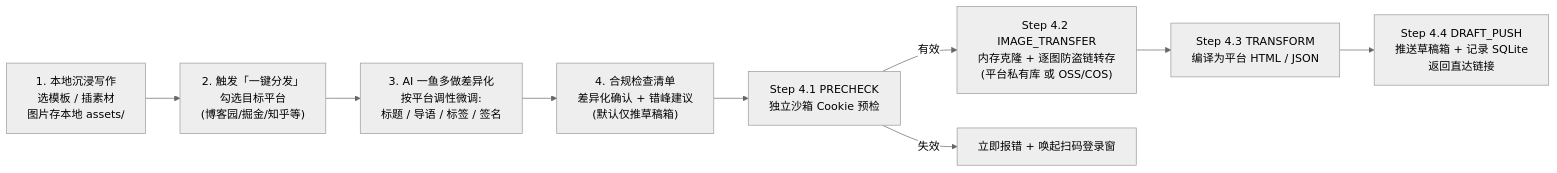
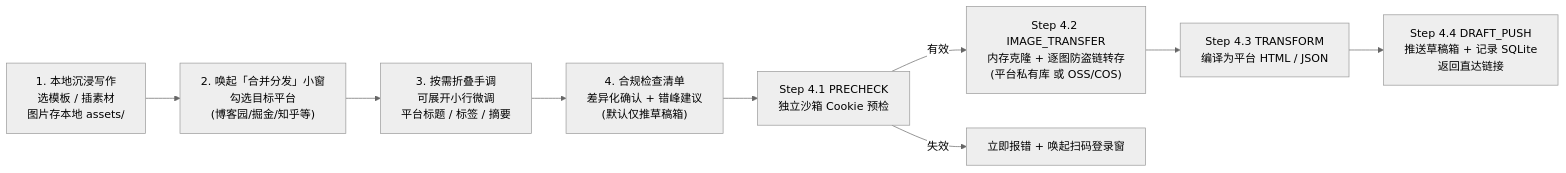
Before and after one commit to leileigwl/vmark: the second of 2 diagrams in docs/02-design/diagrams-and-style-guide.md, drawn with Mermaid (neutral theme). The commit also changed other lines of this file and 4 other files, not shown here.

````diff
--- a/docs/02-design/diagrams-and-style-guide.md
+++ b/docs/02-design/diagrams-and-style-guide.md
@@ -48,11 +48,11 @@
 ```mermaid
 flowchart LR
-    A["1. 本地沉浸写作<br/>选模板 / 插素材<br/>图片存本地 assets/"] --> B["2. 触发「一键分发」<br/>勾选目标平台<br/>(博客园/掘金/知乎等)"]
-    B --> C["3. AI 一鱼多做差异化<br/>按平台调性微调:<br/>标题 / 导语 / 标签 / 签名"]
+    A["1. 本地沉浸写作<br/>选模板 / 插素材<br/>图片存本地 assets/"] --> B["2. 唤起「合并分发」小窗<br/>勾选目标平台<br/>(博客园/掘金/知乎等)"]
+    B --> C["3. 按需折叠手调<br/>可展开小行微调<br/>平台标题 / 标签 / 摘要"]
     C --> D["4. 合规检查清单<br/>差异化确认 + 错峰建议<br/>(默认仅推草稿箱)"]
     D --> E["Step 4.1 PRECHECK<br/>独立沙箱 Cookie 预检"]
     E -->|有效| F["Step 4.2 IMAGE_TRANSFER<br/>内存克隆 + 逐图防盗链转存<br/>(平台私有库 或 OSS/COS)"]
     E -->|失效| E_Err["立即报错 + 唤起扫码登录窗"]
     F --> G["Step 4.3 TRANSFORM<br/>编译为平台 HTML / JSON"]
     G --> H["Step 4.4 DRAFT_PUSH<br/>推送草稿箱 + 记录 SQLite<br/>返回直达链接"]
 ```
````
